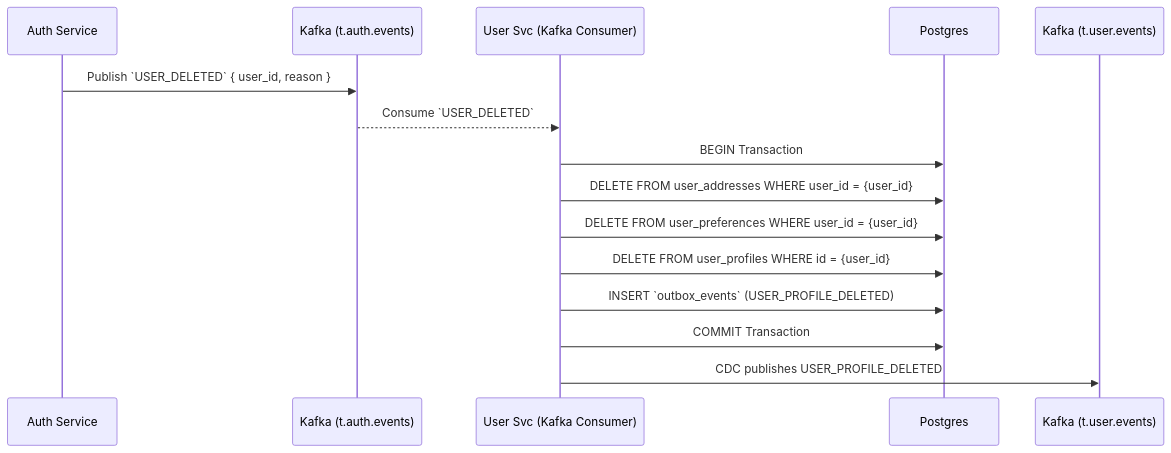
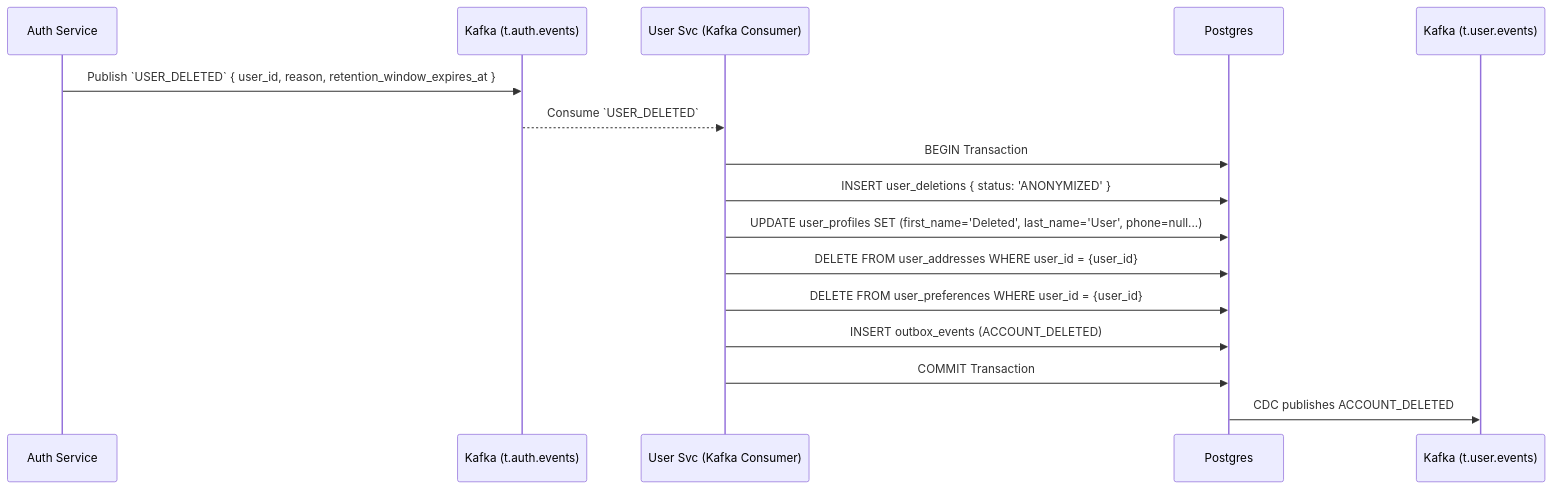
The tenth of 13 diagrams in docs/user/user_workflows.md (quangdung2110/e-commerce-microservices), drawn with Mermaid before and after one commit. The commit also changed other lines of this file and 2 other files, not shown here.

Commit message:
update user doc

````diff
--- a/docs/user/user_workflows.md
+++ b/docs/user/user_workflows.md
@@ -287,18 +297,19 @@
 ```mermaid
 sequenceDiagram
     participant Auth as Auth Service
     participant Kafka as Kafka (t.auth.events)
     participant UserWorker as User Svc (Kafka Consumer)
     participant DB as Postgres
     participant KafkaOut as Kafka (t.user.events)
 
-    Auth->>Kafka: Publish `USER_DELETED` { user_id, reason }
+    Auth->>Kafka: Publish `USER_DELETED` { user_id, reason, retention_window_expires_at }
     Kafka-->>UserWorker: Consume `USER_DELETED`
     UserWorker->>DB: BEGIN Transaction
+    UserWorker->>DB: INSERT user_deletions { status: 'ANONYMIZED' }
+    UserWorker->>DB: UPDATE user_profiles SET (first_name='Deleted', last_name='User', phone=null...)
     UserWorker->>DB: DELETE FROM user_addresses WHERE user_id = {user_id}
     UserWorker->>DB: DELETE FROM user_preferences WHERE user_id = {user_id}
-    UserWorker->>DB: DELETE FROM user_profiles WHERE id = {user_id}
-    UserWorker->>DB: INSERT `outbox_events` (USER_PROFILE_DELETED)
+    UserWorker->>DB: INSERT outbox_events (ACCOUNT_DELETED)
     UserWorker->>DB: COMMIT Transaction
-    UserWorker->>KafkaOut: CDC publishes USER_PROFILE_DELETED
+    DB->>KafkaOut: CDC publishes ACCOUNT_DELETED
 ```
````
